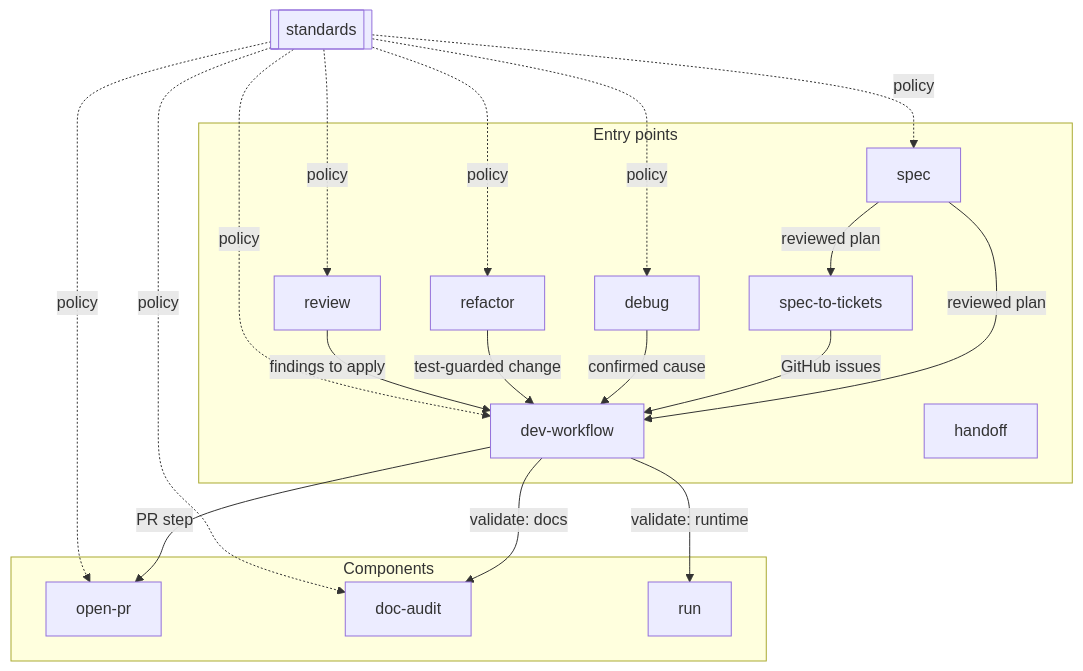
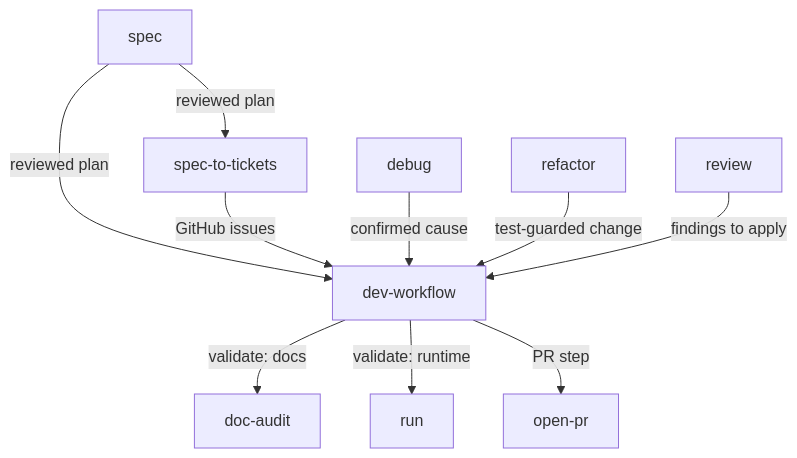
One commit to greerviau/skills changed the diagram in docs/engineering-skill-composition.md. Above: the diagram before and after it, drawn with Mermaid. The commit also changed other lines of this file and 5 other files, not shown here.

First line of the commit message:
feat(mermaid): add the mermaid skill (#18)

````diff
--- a/docs/engineering-skill-composition.md
+++ b/docs/engineering-skill-composition.md
@@ -8,39 +8,23 @@
 ```mermaid
 flowchart TD
-    subgraph entry[Entry points]
-        spec[spec]
-        debug[debug]
-        refactor[refactor]
-        devworkflow[dev-workflow]
-        review[review]
-        s2t[spec-to-tickets]
-        handoff[handoff]
-    end
-
-    subgraph components[Components]
-        openpr[open-pr]
-        docaudit[doc-audit]
-        run[run]
-    end
-
-    standards[[standards]]
+    spec[spec]
+    debug[debug]
+    refactor[refactor]
+    review[review]
+    s2t[spec-to-tickets]
+    devworkflow[dev-workflow]
+    docaudit[doc-audit]
+    run[run]
+    openpr[open-pr]
 
     spec -->|reviewed plan| s2t
     spec -->|reviewed plan| devworkflow
     s2t -->|GitHub issues| devworkflow
     debug -->|confirmed cause| devworkflow
     refactor -->|test-guarded change| devworkflow
     review -->|findings to apply| devworkflow
 
     devworkflow -->|validate: docs| docaudit
     devworkflow -->|validate: runtime| run
     devworkflow -->|PR step| openpr
-
-    standards -.policy.-> spec
-    standards -.policy.-> debug
-    standards -.policy.-> refactor
-    standards -.policy.-> devworkflow
-    standards -.policy.-> review
-    standards -.policy.-> docaudit
-    standards -.policy.-> openpr
 ```
````
